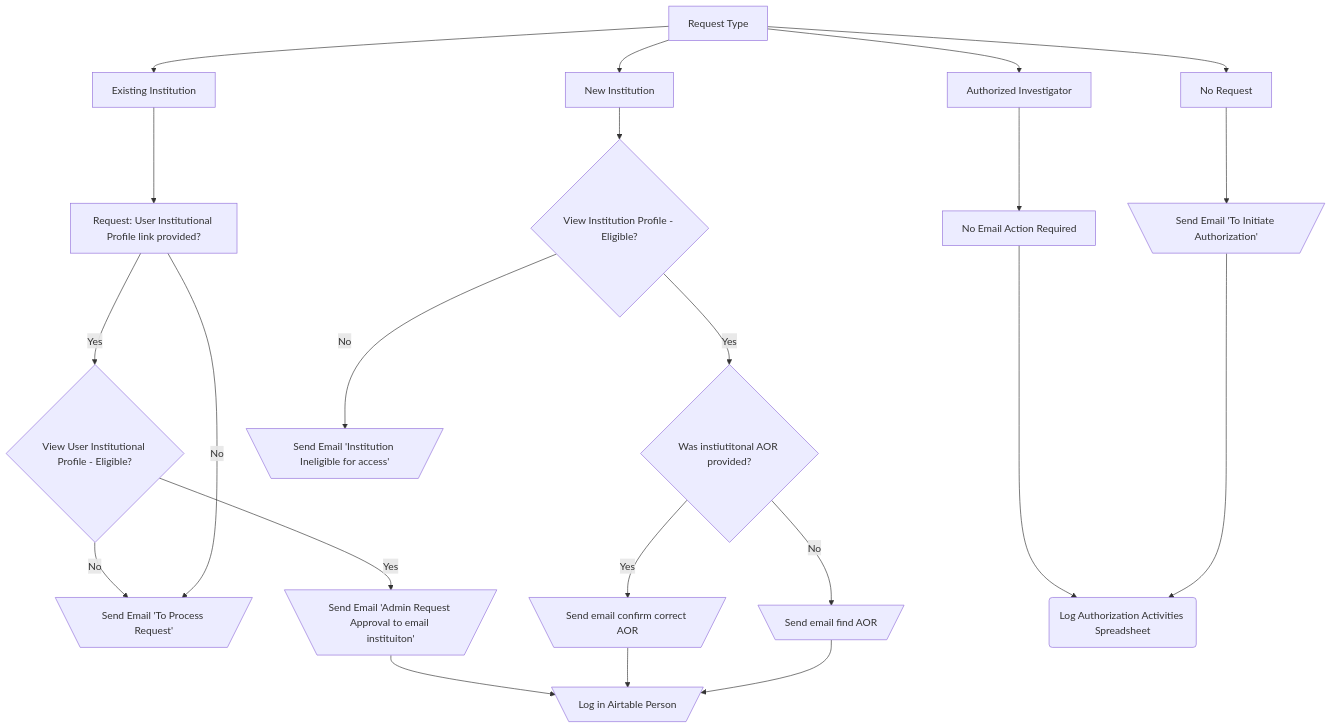
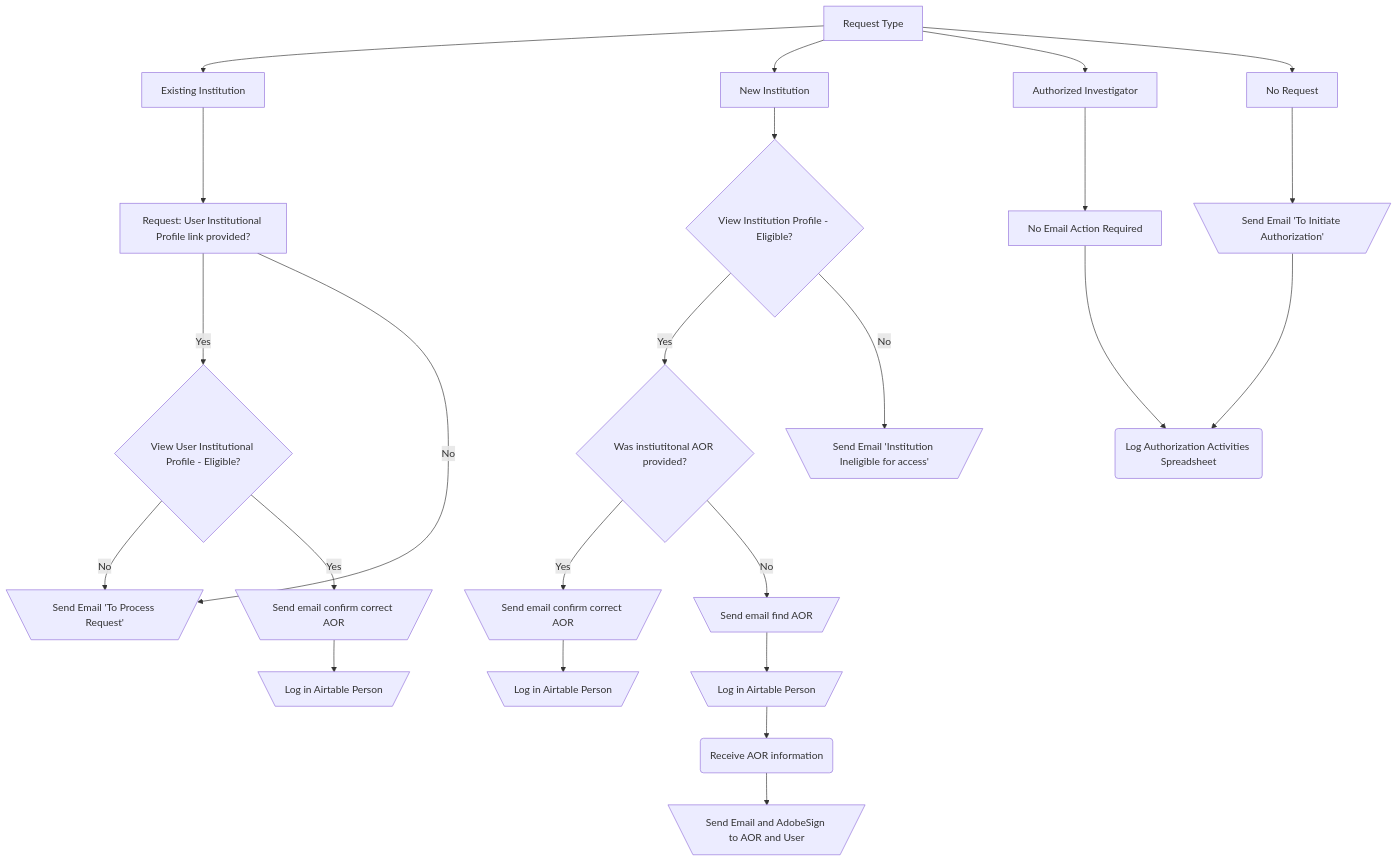
One commit to databrary/guide changed the second of 2 diagrams in src/admin/flowcharts.qmd. Above: the diagram before and after it, drawn with Mermaid. The commit also changed 1 other file, not shown here.

Commit message:
flochart update

````diff
--- a/src/admin/flowcharts.qmd
+++ b/src/admin/flowcharts.qmd
@@ -42,23 +42,24 @@
 ```{mermaid}
 flowchart TD
 
 A[Request Type] --> B[Existing Institution] 
 
   B --> M[Request: User Institutional Profile link provided?]
   M -- Yes --> G{View User Institutional Profile - Eligible? } -- No --> J[\Send Email 'To Process Request'/]
  
 
-  G -- Yes --> H[\Send Email 'Admin Request Approval to email instituiton'/] --> Q[\Log in Airtable Person/]
+  G -- Yes --> TT[\Send email confirm correct AOR/] --> Q[\Log in Airtable Person/]
   M -- No --> J[\Send Email 'To Process Request'/]
  
 A --> C[New Institution] 
-  C --> I{View Institution Profile - Eligible?} -- Yes --> R{Was instiutitonal AOR provided?} -- Yes --> T[\Send email confirm correct AOR/] --> Q[\Log in Airtable Person/]
-  R -- No --> S[\Send email find AOR/] --> Q[\Log in Airtable Person/]
+  C --> I{View Institution Profile - Eligible?} -- Yes --> R{Was instiutitonal AOR provided?} -- Yes --> T[\Send email confirm correct AOR/] --> QQ[\Log in Airtable Person/]
+  
+  R -- No --> S[\Send email find AOR/] --> QQQ[\Log in Airtable Person/] --> V(Receive AOR information) --> U[\Send Email and AdobeSign to AOR and User/] 
   I -- No --> K[\Send Email 'Institution Ineligible for access'/]
   
  
-A --> D[Authorized Investigator] --> L[No Email Action Required] ---> P(Log Authorization Activities Spreadsheet)
+A --> D[Authorized Investigator] --> L[No Email Action Required] --> P(Log Authorization Activities Spreadsheet)
  
-A --> E[No Request] --> F[\Send Email 'To Initiate Authorization'/] ---> P(Log Authorization Activities Spreadsheet)
+A --> E[No Request] --> F[\Send Email 'To Initiate Authorization'/] --> P(Log Authorization Activities Spreadsheet)
 
 ```
````
